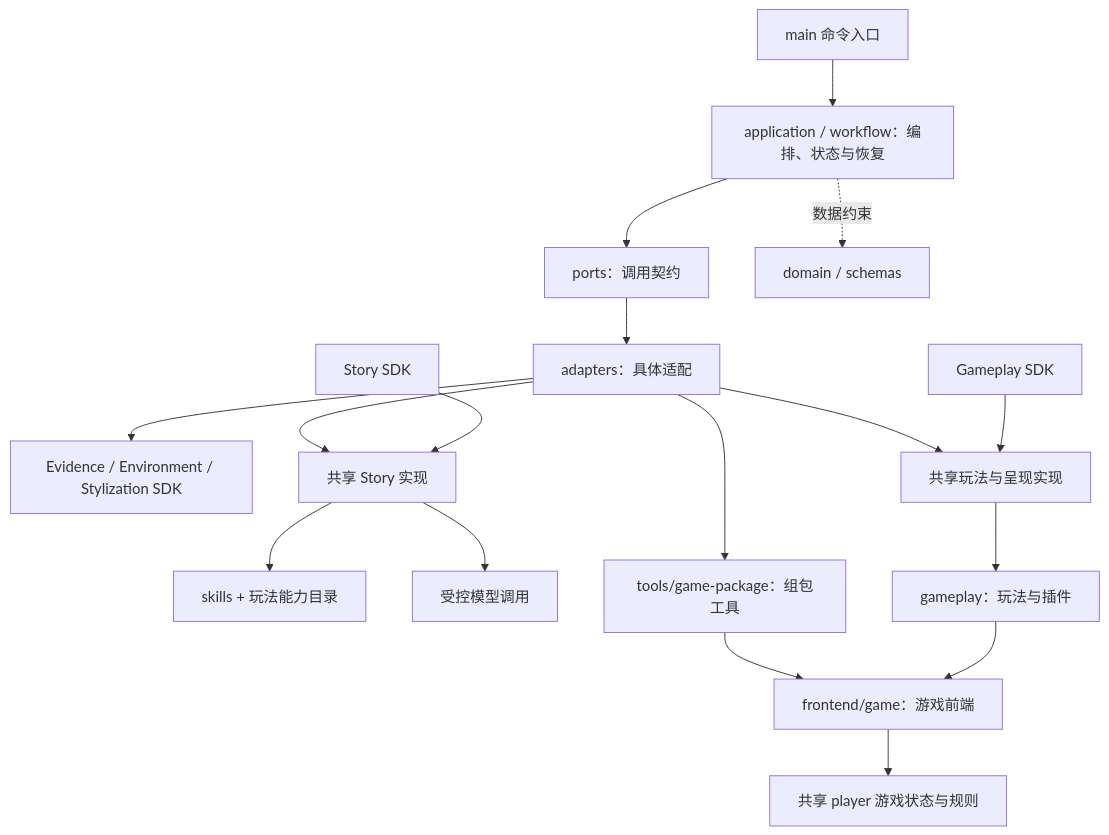
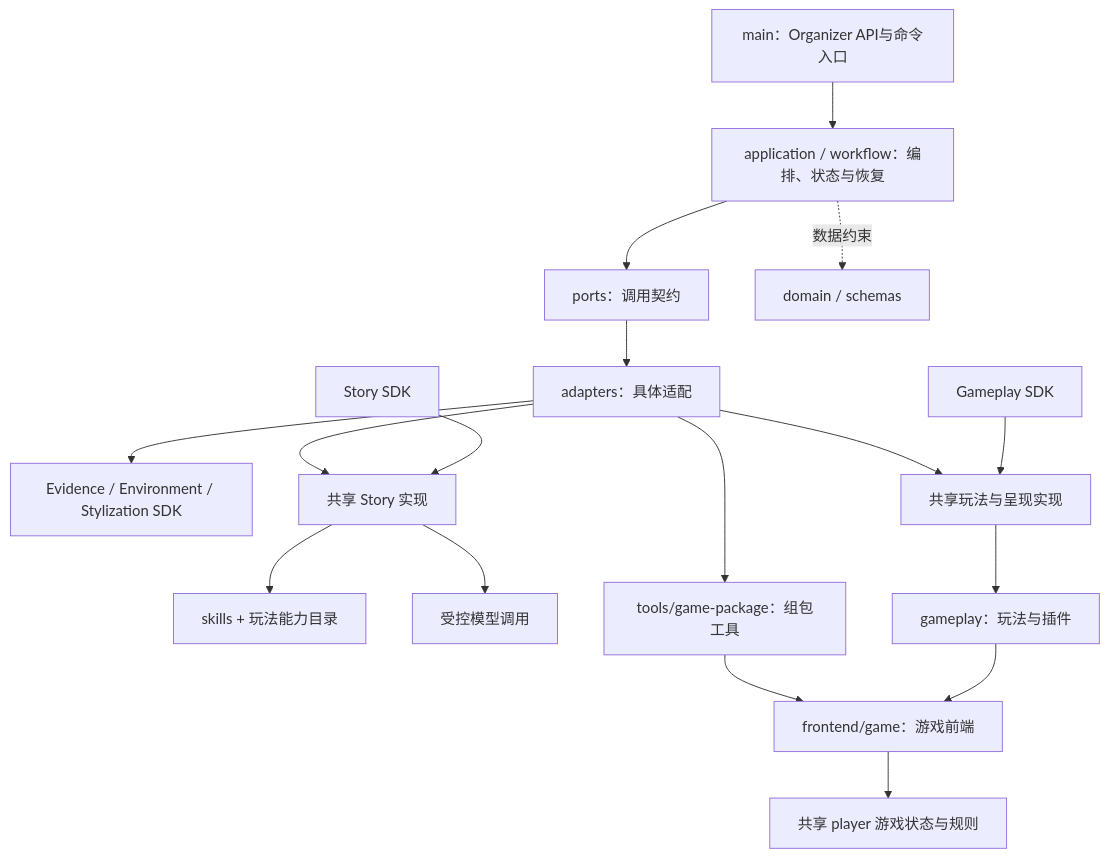
One commit to Psyche0920/PastPort changed the second of 2 diagrams in README.md. Above: the diagram before and after it, drawn with Mermaid. The commit also changed other lines of this file and 90 other files, not shown here.

Commit message:
Add Organizer workflow and current team handoff

````diff
--- a/README.md
+++ b/README.md
@@ -73,19 +133,19 @@
 ```mermaid
 flowchart TB
-    Main[main 命令入口] --> App[application / workflow：编排、状态与恢复]
+    Main[main：Organizer API与命令入口] --> App[application / workflow：编排、状态与恢复]
     App --> Ports[ports：调用契约]
     Ports --> Adapters[adapters：具体适配]
     Adapters --> Upstream[Evidence / Environment / Stylization SDK]
     Story[Story SDK] --> Shared[共享 Story 实现]
     Gameplay[Gameplay SDK] --> Prep[共享玩法与呈现实现]
     Adapters --> Shared
     Adapters --> Prep
     Shared --> Rules[skills + 玩法能力目录]
     Shared --> Model[受控模型调用]
     Prep --> Plugins[gameplay：玩法与插件]
     Plugins --> Host[frontend/game：游戏前端]
     Adapters --> Pack[tools/game-package：组包工具]
     Pack --> Host
     Host --> Player[共享 player 游戏状态与规则]
     App -.数据约束.-> Domain[domain / schemas]
 ```
````
